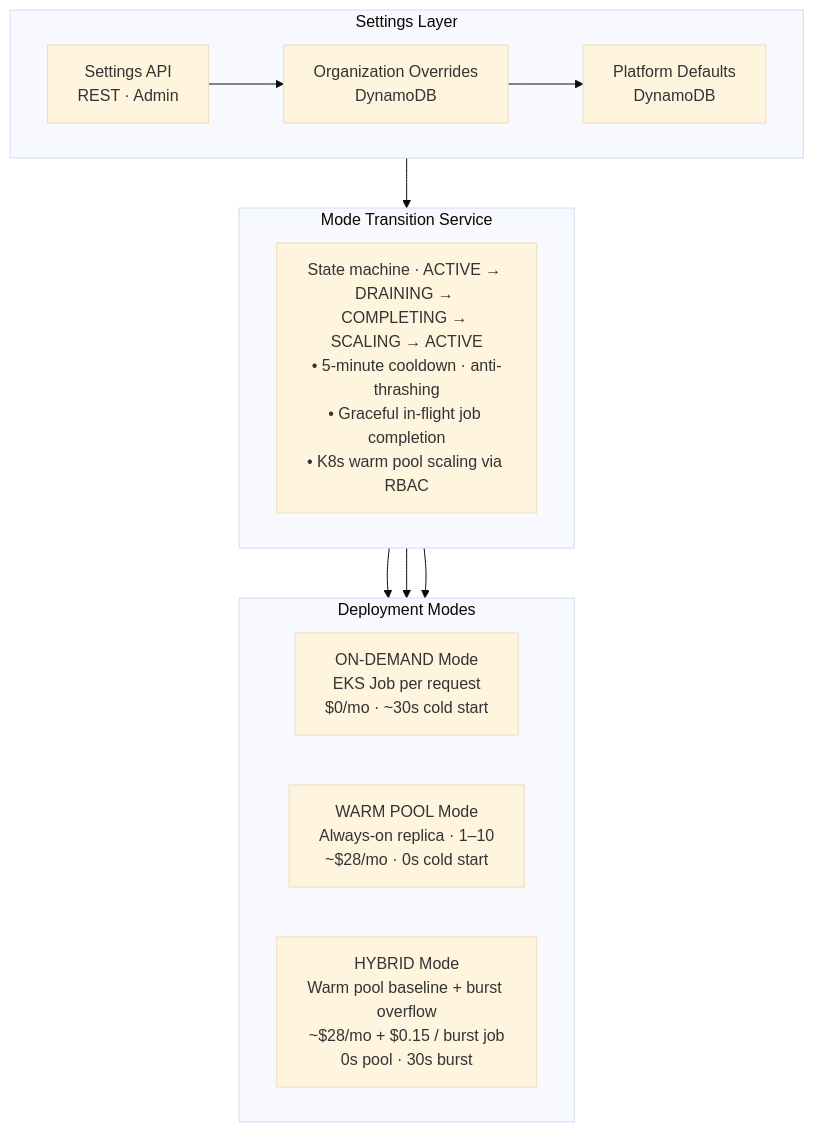
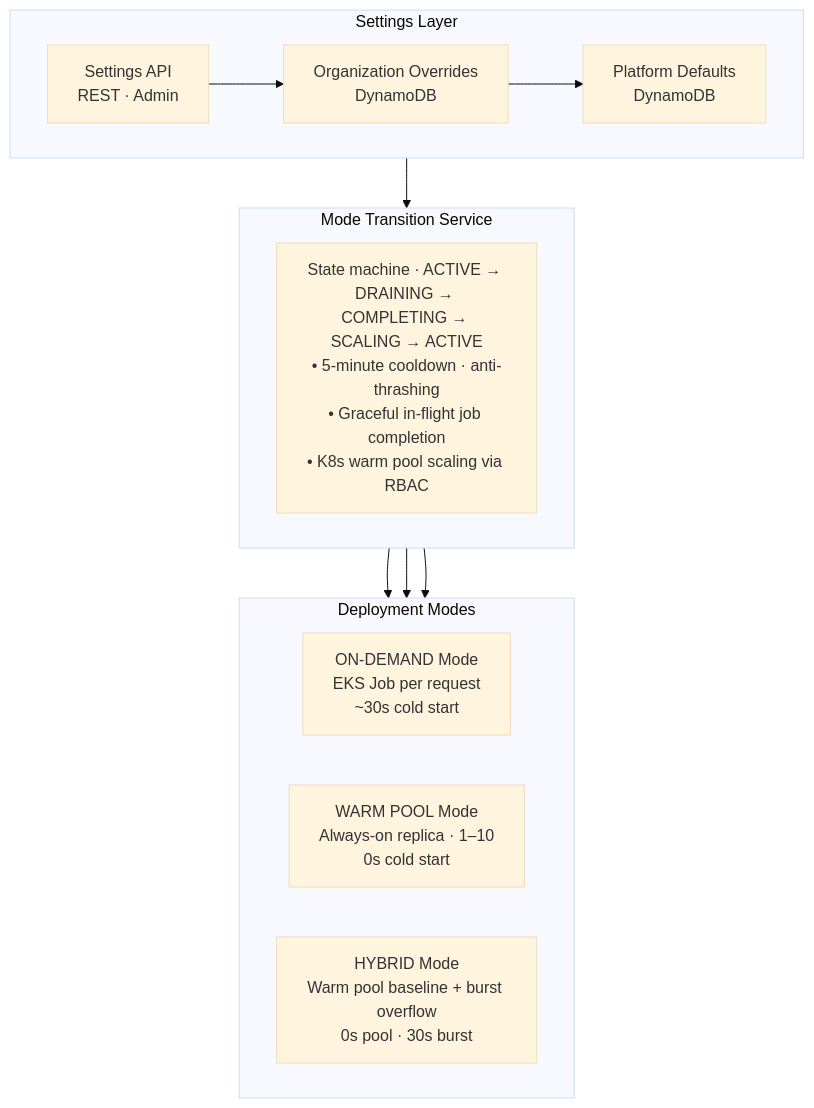
Before and after one commit to aenealabs/aura: the sixth of 11 diagrams in docs/SYSTEM_ARCHITECTURE.md, drawn with Mermaid (base theme). The commit also changed other lines of this file, not shown here.

````diff
--- a/docs/SYSTEM_ARCHITECTURE.md
+++ b/docs/SYSTEM_ARCHITECTURE.md
@@ -347,26 +347,26 @@
 ```mermaid
 flowchart TD
     subgraph Settings[Settings Layer]
         direction LR
         Defaults[Platform Defaults<br/>DynamoDB]
         Overrides[Organization Overrides<br/>DynamoDB]
         SettingsAPI[Settings API<br/>REST · Admin]
         SettingsAPI --> Overrides --> Defaults
     end
 
     subgraph MTS[Mode Transition Service]
         MT1["State machine · ACTIVE → DRAINING → COMPLETING → SCALING → ACTIVE<br/>• 5-minute cooldown · anti-thrashing<br/>• Graceful in-flight job completion<br/>• K8s warm pool scaling via RBAC"]
     end
 
     subgraph Modes[Deployment Modes]
         direction LR
-        OnDemand["ON-DEMAND Mode<br/>EKS Job per request<br/>$0/mo · ~30s cold start"]
-        Warm["WARM POOL Mode<br/>Always-on replica · 1–10<br/>~$28/mo · 0s cold start"]
-        Hybrid["HYBRID Mode<br/>Warm pool baseline + burst overflow<br/>~$28/mo + $0.15 / burst job<br/>0s pool · 30s burst"]
+        OnDemand["ON-DEMAND Mode<br/>EKS Job per request<br/>~30s cold start"]
+        Warm["WARM POOL Mode<br/>Always-on replica · 1–10<br/>0s cold start"]
+        Hybrid["HYBRID Mode<br/>Warm pool baseline + burst overflow<br/>0s pool · 30s burst"]
     end
 
     Settings --> MTS
     MTS --> OnDemand
     MTS --> Warm
     MTS --> Hybrid
 ```
````
